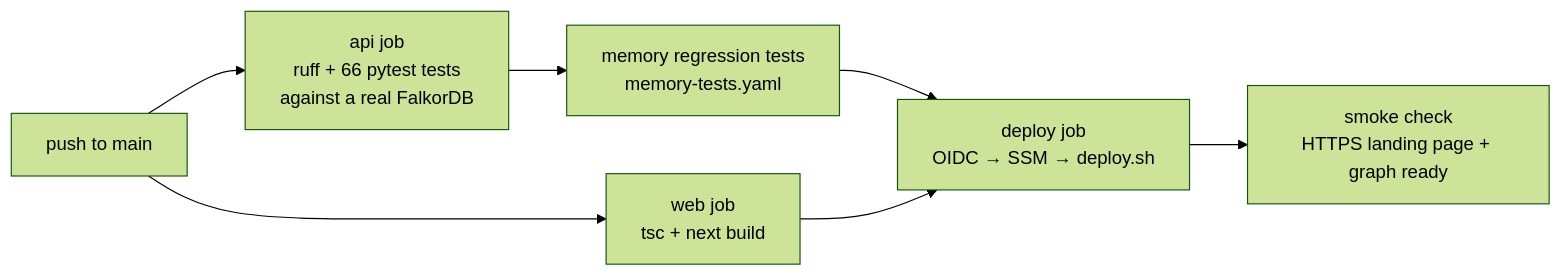
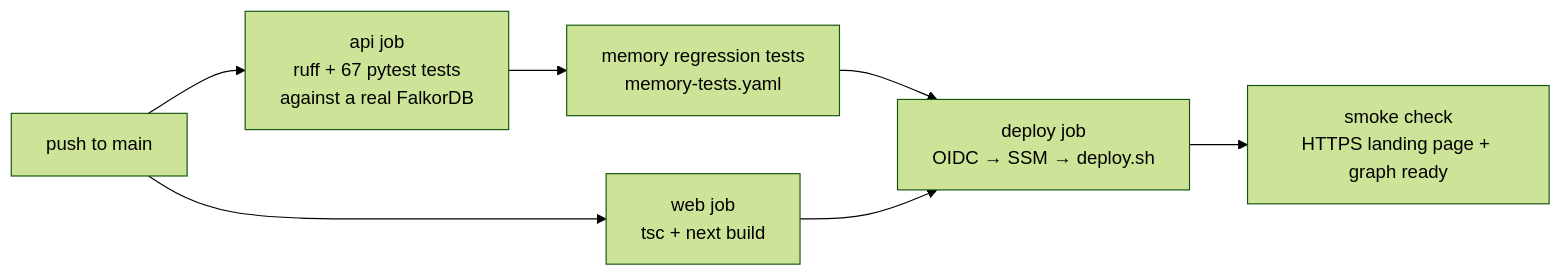
The diagram in docs/diagrams/cicd.mmd (maannaan/faultline), drawn with Mermaid (forest theme) before and after one commit. The commit also changed 35 other files, not shown here.

First line of the commit message:
Generated benchmark, scale and LLM evaluation; faster schema check and entity-scoped reads

```diff
--- a/docs/diagrams/cicd.mmd
+++ b/docs/diagrams/cicd.mmd
@@ -1,7 +1,7 @@
 flowchart LR
-    P["push to main"] --> T1["api job<br/>ruff + 66 pytest tests<br/>against a real FalkorDB"]
+    P["push to main"] --> T1["api job<br/>ruff + 67 pytest tests<br/>against a real FalkorDB"]
     T1 --> T2["memory regression tests<br/>memory-tests.yaml"]
     P --> T3["web job<br/>tsc + next build"]
     T2 --> D["deploy job<br/>OIDC → SSM → deploy.sh"]
     T3 --> D
     D --> S["smoke check<br/>HTTPS landing page + graph ready"]
```
